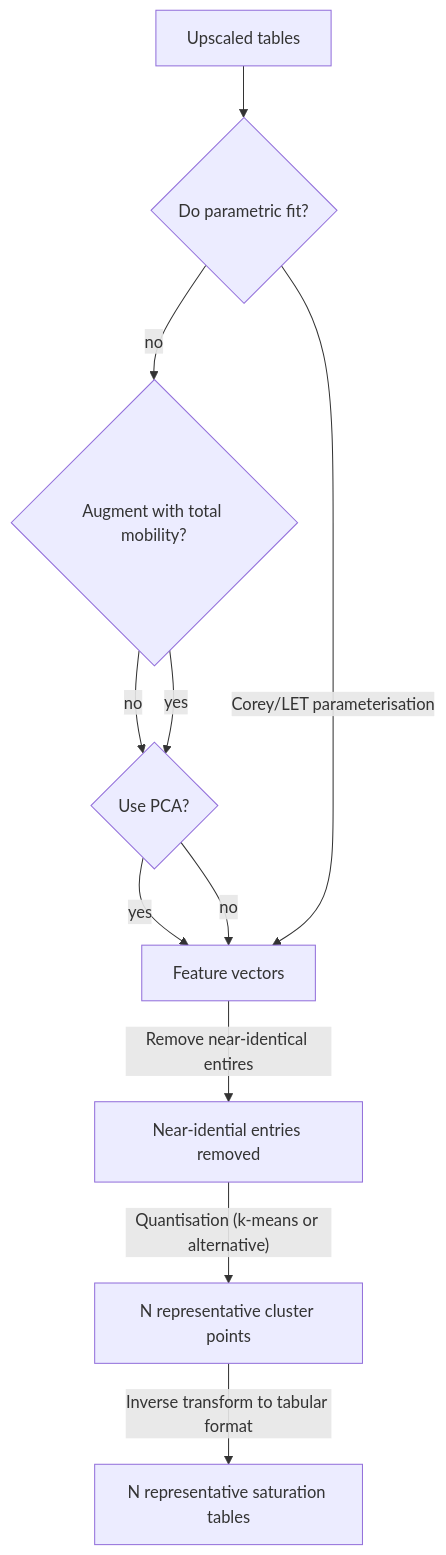
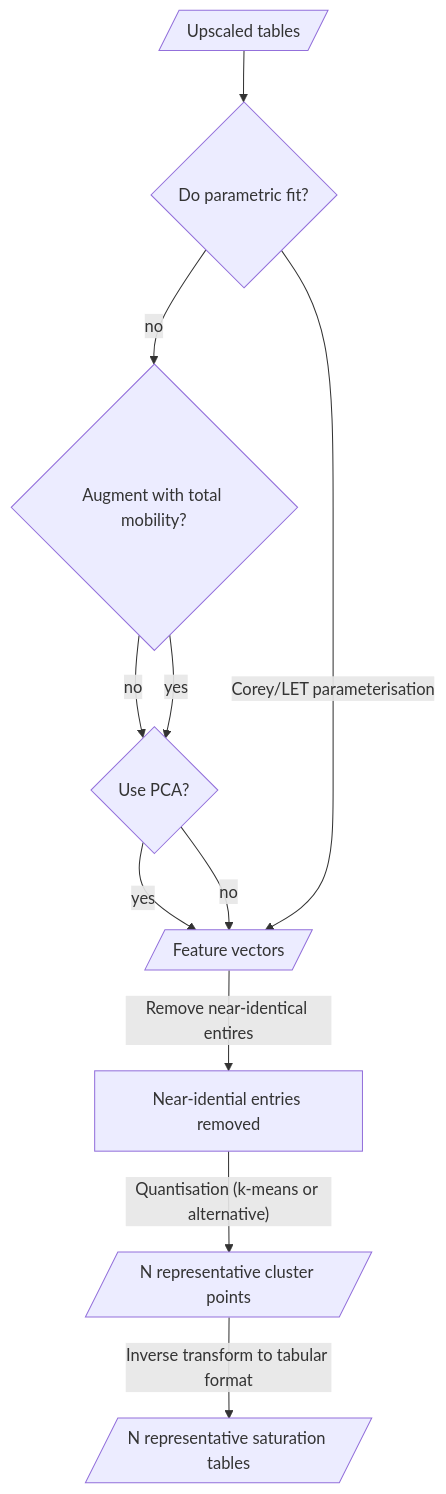
Before and after one commit to ImperialCollegeLondon/StrataTrapper: the first of 2 diagrams in src/compress/README.md, drawn with Mermaid.

````diff
--- a/src/compress/README.md
+++ b/src/compress/README.md
@@ -35,23 +35,23 @@
 ```mermaid
 flowchart TD
-upsc[Upscaled tables]
+upsc[/Upscaled tables/]
 do_param_fit{Do parametric fit?}
 embed{Augment with total mobility?}
 clean[Near-idential entries removed]
 red{Use PCA?}
-latent[Feature vectors]
-repr[N representative cluster points]
-tabs[N representative saturation tables]
+latent[/Feature vectors/]
+repr[/N representative cluster points/]
+tabs[/N representative saturation tables/]
 
 upsc --> do_param_fit
 do_param_fit -- no --> embed
 embed -- no --> red
 embed -- yes --> red
 red -- yes --> latent
 red -- no --> latent
 do_param_fit-- Corey/LET parameterisation --> latent
 latent -- Remove near-identical entires --> clean
 clean -- "Quantisation (k-means or alternative)" --> repr
 repr -- "Inverse transform to tabular format" --> tabs
 
 ```
````
